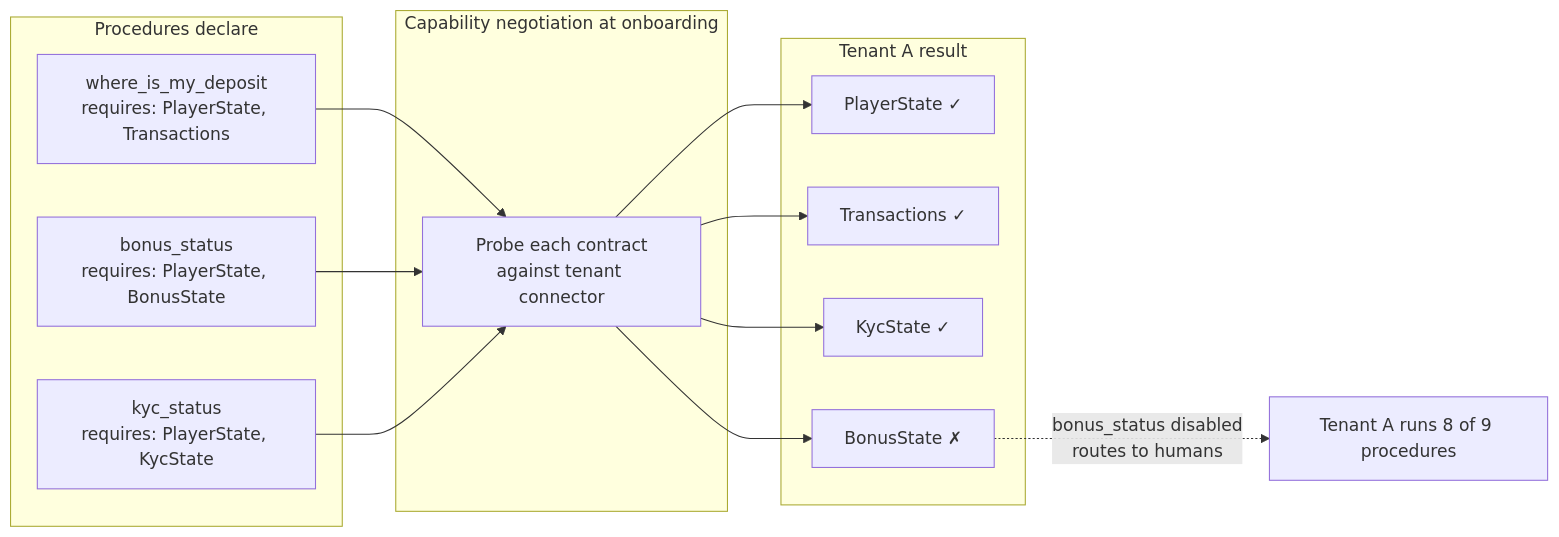
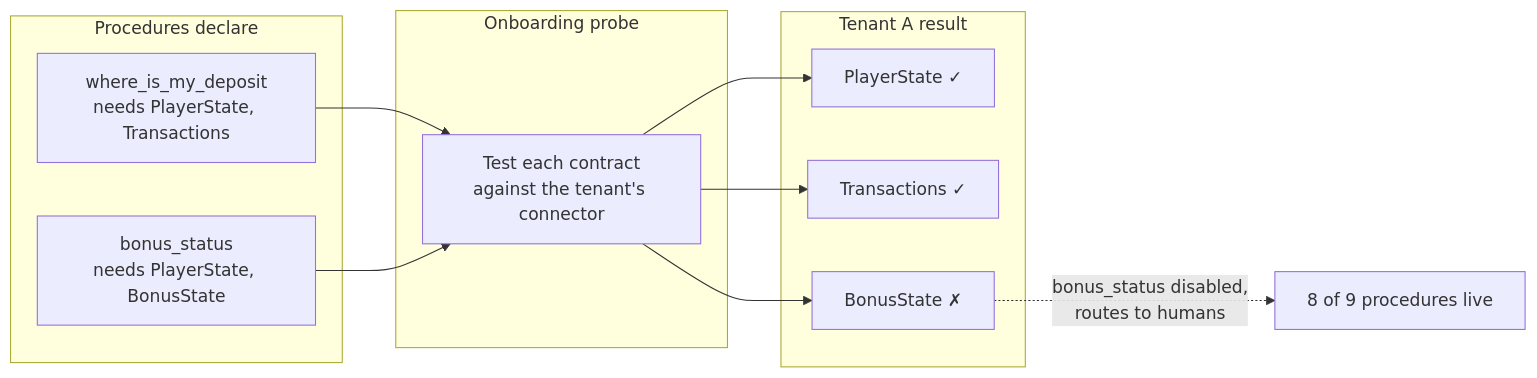
The sixth of 13 diagrams in Design.md (sdannuri/iGamingAgent), drawn with Mermaid before and after one commit. The commit also changed other lines of this file, not shown here.

````diff
--- a/Design.md
+++ b/Design.md
@@ -380,25 +675,19 @@
 ```mermaid
 graph LR
     subgraph P["Procedures declare"]
-        P1["where_is_my_deposit<br/>requires: PlayerState, Transactions"]
-        P2["bonus_status<br/>requires: PlayerState, BonusState"]
-        P3["kyc_status<br/>requires: PlayerState, KycState"]
+        P1["where_is_my_deposit<br/>needs PlayerState, Transactions"]
+        P2["bonus_status<br/>needs PlayerState, BonusState"]
     end
-
-    subgraph N["Capability negotiation at onboarding"]
-        NEG["Probe each contract<br/>against tenant connector"]
+    subgraph N["Onboarding probe"]
+        NEG["Test each contract<br/>against the tenant's connector"]
     end
-
     subgraph T["Tenant A result"]
         T1["PlayerState ✓"]
         T2["Transactions ✓"]
-        T3["KycState ✓"]
         T4["BonusState ✗"]
     end
-
     P1 --> NEG
     P2 --> NEG
-    P3 --> NEG
-    NEG --> T1 & T2 & T3 & T4
-    T4 -.->|"bonus_status disabled<br/>routes to humans"| OUT["Tenant A runs 8 of 9 procedures"]
+    NEG --> T1 & T2 & T4
+    T4 -.->|"bonus_status disabled,<br/>routes to humans"| OUT["8 of 9 procedures live"]
 ```
````
